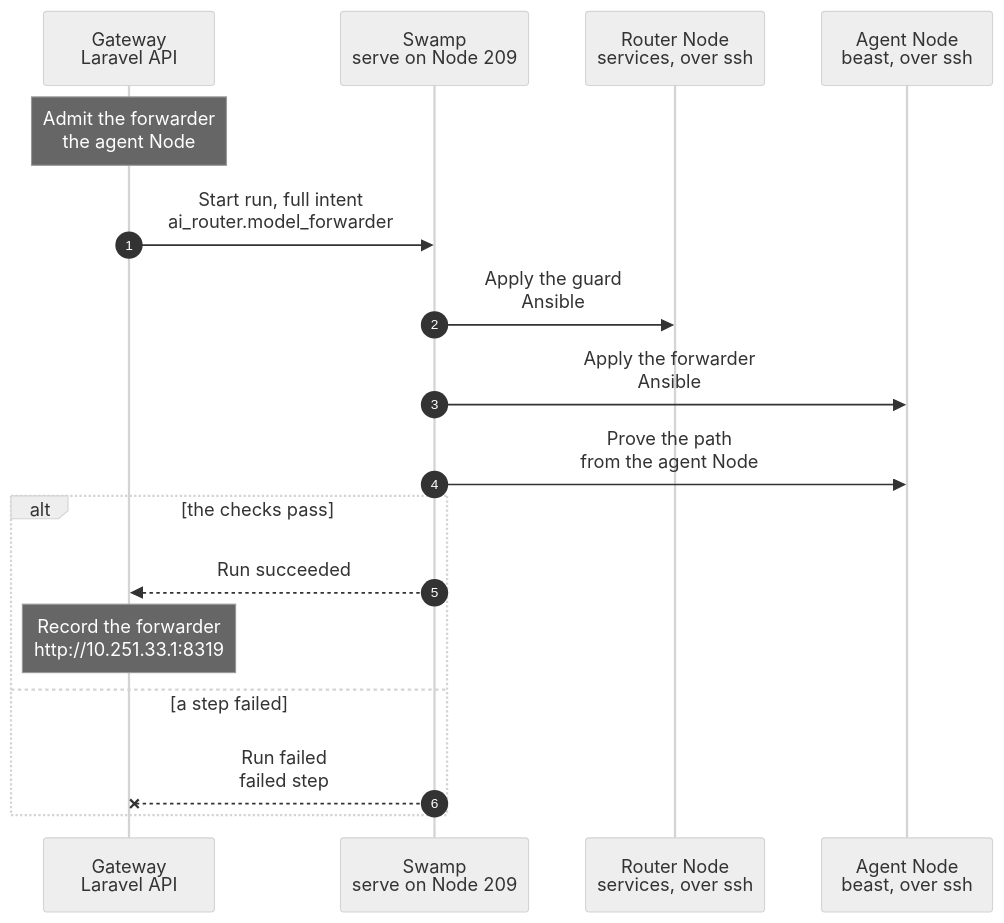
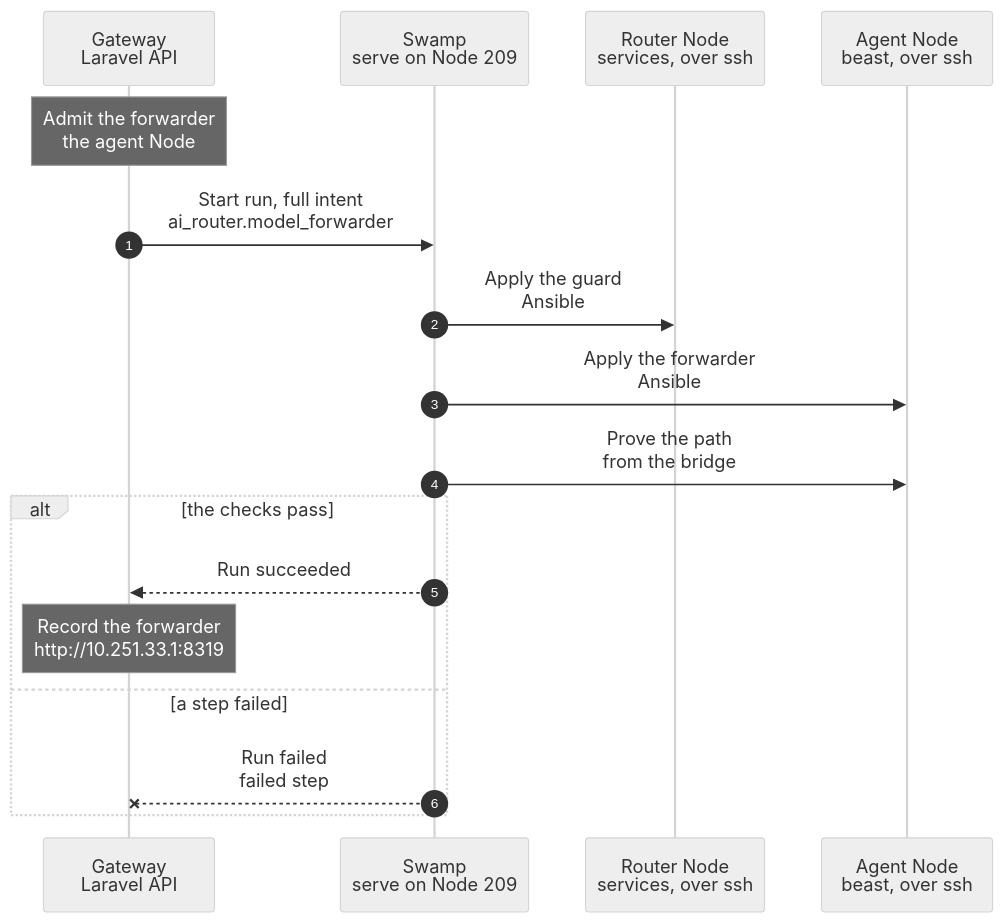
Before and after one commit to hardimpactdev/orbit: the diagram in docs/cli/ai-router/model-forwarder.mmd, drawn with Mermaid (neutral theme). The commit also changed 14 other files, not shown here.

First line of the commit message:
fix(ai-router): only the forwarder reaches the guard from an agent Node

```diff
--- a/docs/cli/ai-router/model-forwarder.mmd
+++ b/docs/cli/ai-router/model-forwarder.mmd
@@ -1,47 +1,51 @@
 sequenceDiagram
   %% Target design: Nick 2026-11-09, containers reach models with only the placeholder key and no real key on their Node (ADR 0252).
   %% status: draft
   %% command: none · `ai-router:model-forwarder NODE` on the Gateway, once per agent Node, and with `--remove` to withdraw it
   %% kind: ai_router.model_forwarder
   autonumber
   %% lane GW icon=gateway pill=intent tone=blue
   %% lane SW icon=workflow pill=executes tone=green
   %% lane R icon=server pill=target tone=amber
   %% lane N icon=server pill=target tone=purple
   participant GW as Gateway<br/>Laravel API
   participant SW as Swamp<br/>serve on Node 209
   participant R as Router Node<br/>services, over ssh
   participant N as Agent Node<br/>beast, over ssh
   Note over GW: Admit the forwarder<br/>the agent Node
   %%> What it does:
   %%> - renders the guard as `ai-router:task-guard` does, with the Node's WireGuard address added to its sources, or removed
   %%> - renders the forwarder's Caddyfile: the bridge address at port 8319, proxied unchanged to the guard origin; it holds no key
   %%> - pushes vault copies of the task key and the anchor key for the guard; the intent holds neither, and the forwarder gets neither
   %%> - takes the lock `ai_router_guard:<router Node>`, which guard runs share
   %%> Requirements:
   %%> - the ai-router extension is set up on its Node
-  %%> - the Node is active Linux with a WireGuard address, and is neither the router's Node nor the swamp Node
+  %%> - the guard is in place: a forwarder run never brings back a removed guard
+  %%> - the Node is active Linux with a WireGuard address, and is not the router's Node, the swamp Node or the vpn hub
   %%> - `--bridge` and `--address` name the container bridge and its IPv4 address; a removal reuses those of the last run
   GW->>SW: Start run, full intent<br/>ai_router.model_forwarder
   SW->>R: Apply the guard<br/>Ansible
   %%> What it does:
   %%> - the guard phase of `ai-router:task-guard`: keys, Caddyfile, unit, and the UFW allow of each forwarder Node above the deny; the allow of a Node the rules do not name goes
   %%> - its end checks: from the router Node and from the swamp Node, a source outside the admitted sources is refused
   SW->>N: Apply the forwarder<br/>Ansible
   %%> What it does:
   %%> - checks that the address belongs to the bridge
-  %%> - runs its own Caddy, `orbit-ai-router-forwarder.service`, on the bridge address at port 8319: a dynamic user, no admin endpoint, no saved config, no key
-  %%> - allows port 8319 in on the bridge only, and puts a UFW route deny to the guard at the top, so a container on any bridge reaches the guard only through the forwarder
+  %%> - runs its own Caddy, `orbit-ai-router-forwarder.service`, on the bridge address at port 8319: its own system user, no admin endpoint, no saved config, no key
+  %%> - allows port 8319 in on the bridge only
+  %%> - loads its nftables table before each start: forwarded packets to the guard are dropped ahead of Docker and UFW, and only the forwarder's user may connect to the guard from the Node
   %%> - `--remove`: takes the unit, its folder and its UFW rule off the Node instead
-  SW->>N: Prove the path<br/>from the agent Node
+  SW->>N: Prove the path<br/>from the bridge
   %%> What it does:
-  %%> - apply: a POST through the forwarder with no key gets the guard's 401, which it gives only to a source it admits: the guard admits the Node and still demands the key
+  %%> - from a namespace whose veth is a port of the bridge, as a container: a POST through the forwarder with no key gets the guard's 401, which it gives only to a source it admits
+  %%> - from that namespace, a request straight to the guard fails and the forward drop counter rises
+  %%> - from the Node as root, a request to the guard fails and the output reset counter rises
   %%> - remove: the router Node answers SSH, and the guard port does not answer the Node
   alt the checks pass
     SW-->>GW: Run succeeded
     Note over GW: Record the forwarder<br/>http://10.251.33.1:8319
     %%> Result:
     %%> - containers on the Node call this origin with the one task key; only the `agent` uid reaches it, by the container's own nftables rule
   else a step failed
     SW--xGW: Run failed<br/>failed step
   end
```
